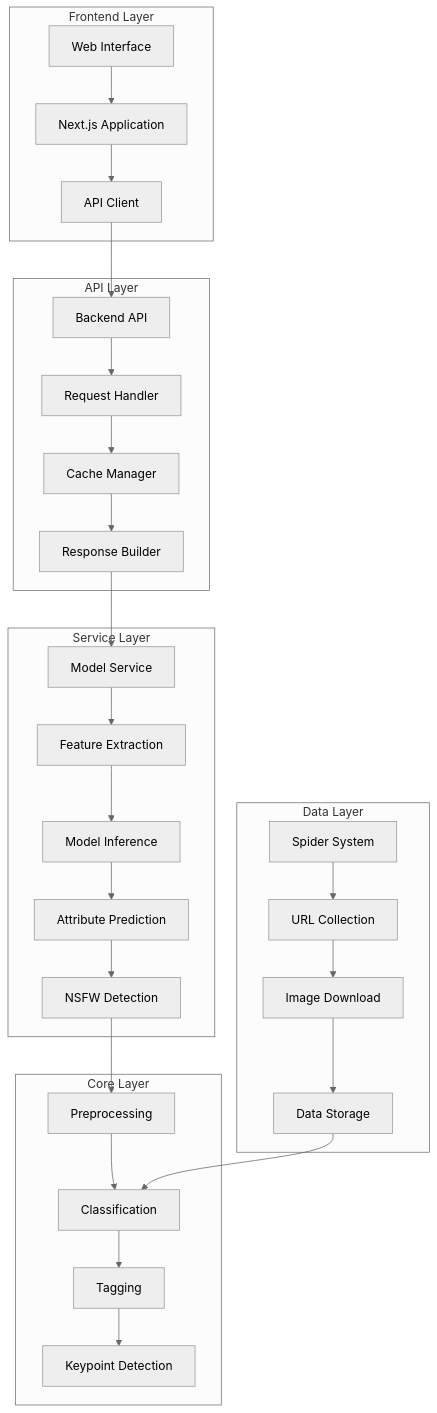
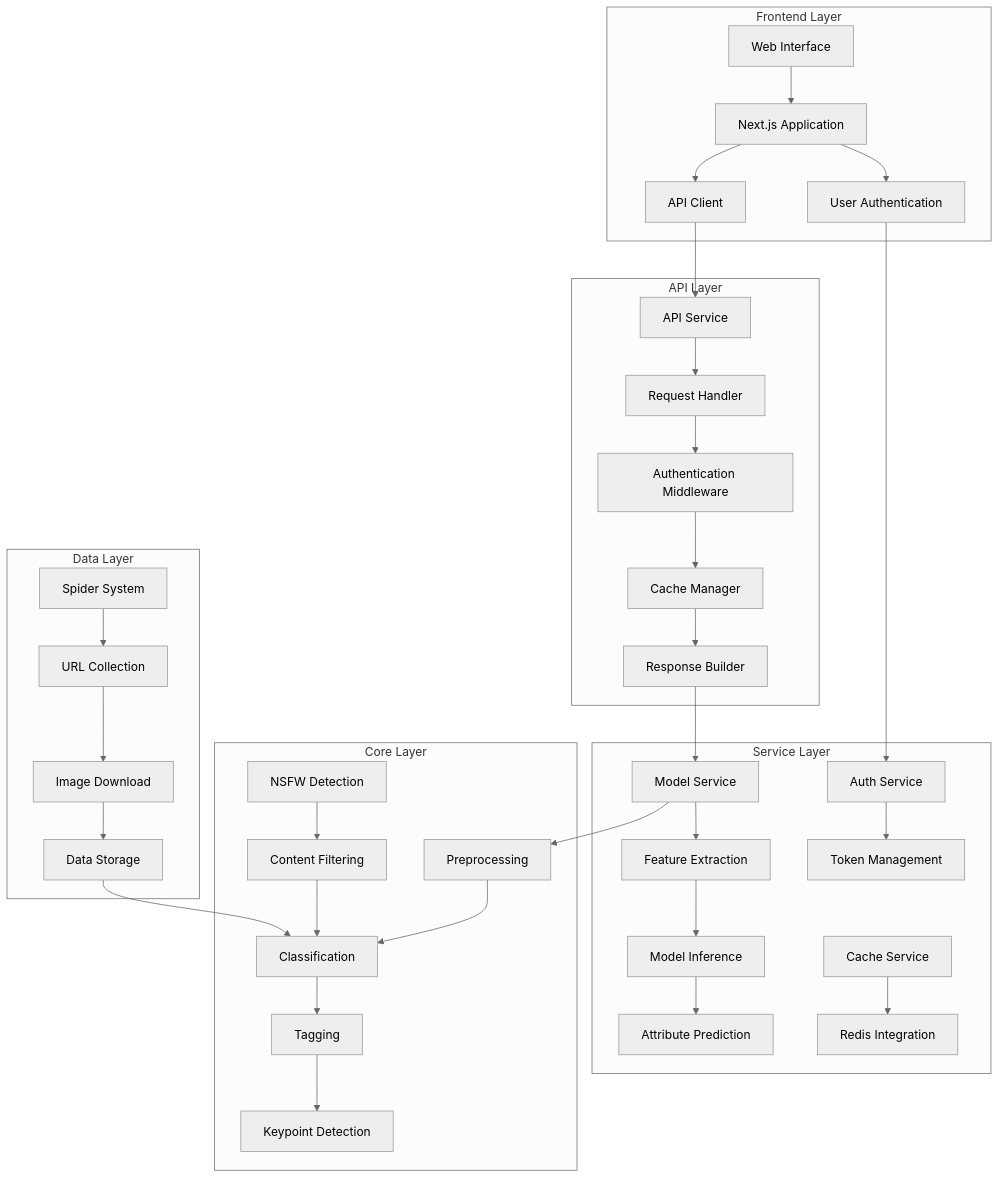
One commit to caozhaoqi/anime_role_detect changed the first of 2 diagrams in README.md. Above: the diagram before and after it, drawn with Mermaid (neutral theme). The commit also changed other lines of this file and 11 other files, not shown here.

````diff
--- a/README.md
+++ b/README.md
@@ -129,37 +136,43 @@
 ```mermaid
 flowchart TD
     subgraph Frontend Layer
         A[Web Interface] --> B[Next.js Application]
         B --> C[API Client]
+        B --> D[User Authentication]
     end
     
     subgraph API Layer
-        D[Backend API] --> E[Request Handler]
-        E --> F[Cache Manager]
-        F --> G[Response Builder]
+        E[API Service] --> F[Request Handler]
+        F --> G[Authentication Middleware]
+        G --> H[Cache Manager]
+        H --> I[Response Builder]
     end
     
     subgraph Service Layer
-        H[Model Service] --> I[Feature Extraction]
-        I --> J[Model Inference]
-        J --> K[Attribute Prediction]
-        K --> L[NSFW Detection]
+        J[Model Service] --> K[Feature Extraction]
+        K --> L[Model Inference]
+        L --> M[Attribute Prediction]
+        N[Auth Service] --> O[Token Management]
+        P[Cache Service] --> Q[Redis Integration]
     end
     
     subgraph Core Layer
-        M[Preprocessing] --> N[Classification]
-        N --> O[Tagging]
-        O --> P[Keypoint Detection]
+        R[Preprocessing] --> S[Classification]
+        S --> T[Tagging]
+        T --> U[Keypoint Detection]
+        V[NSFW Detection] --> W[Content Filtering]
     end
     
     subgraph Data Layer
-        Q[Spider System] --> R[URL Collection]
-        R --> S[Image Download]
-        S --> T[Data Storage]
+        X[Spider System] --> Y[URL Collection]
+        Y --> Z[Image Download]
+        Z --> AA[Data Storage]
     end
     
-    C --> D
-    G --> H
-    L --> M
-    T --> N
+    C --> E
+    D --> N
+    I --> J
+    J --> R
+    W --> S
+    AA --> S
 ```
````
